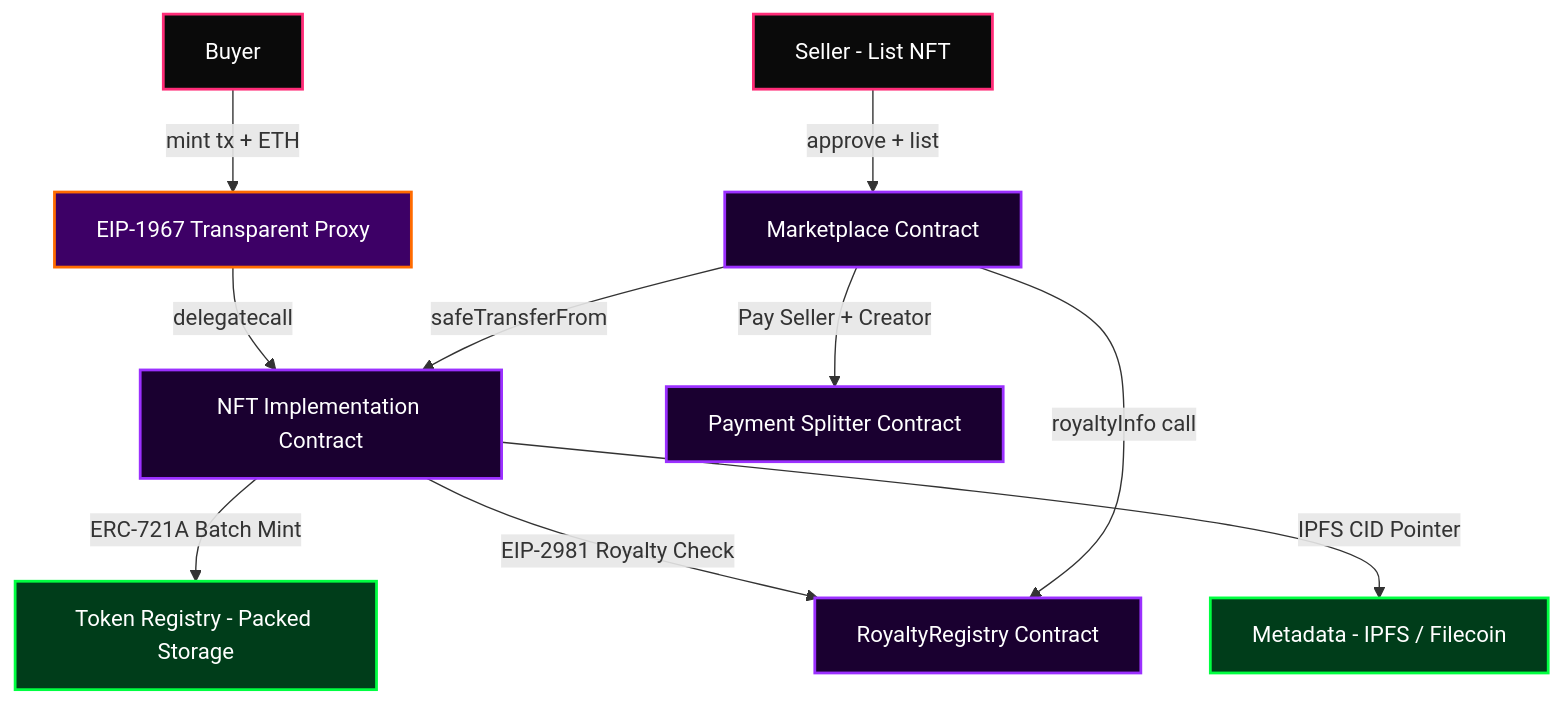
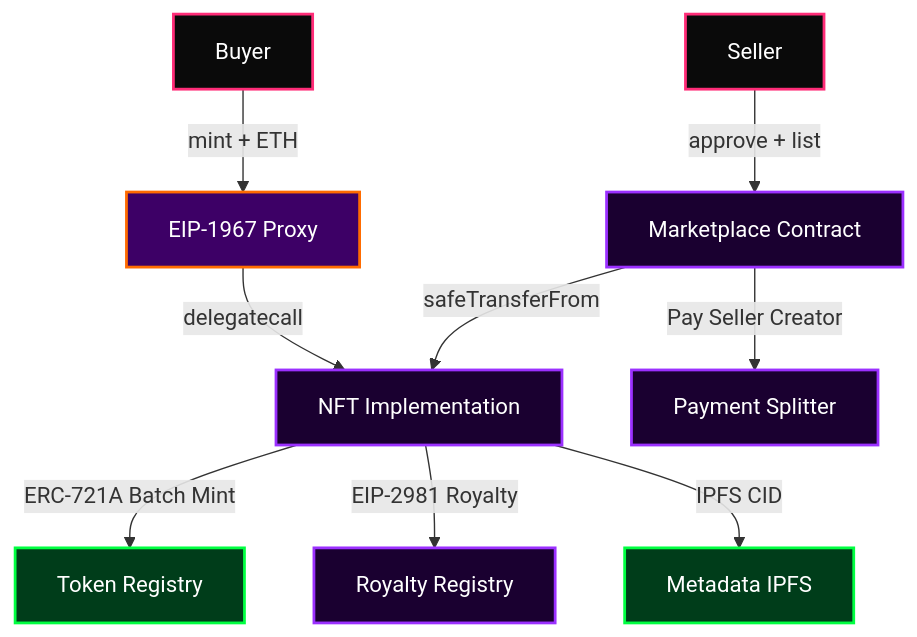
Diagram 15 of 25 in README.md (NewNexus001/newnexus001), drawn with Mermaid before and after one commit. The commit also changed other lines of this file, not shown here.

````diff
--- a/README.md
+++ b/README.md
@@ -517,17 +487,16 @@
 ```mermaid
 graph TD
-    classDef user fill:#0a0a0a,stroke:#FF2D78,stroke-width:2px,color:#fff
-    classDef contract fill:#1a0030,stroke:#9B30FF,stroke-width:2px,color:#fff
-    classDef storage fill:#003d1a,stroke:#00FF41,stroke-width:2px,color:#fff
-    classDef proxy fill:#3d0066,stroke:#FF6B00,stroke-width:2px,color:#fff
+    classDef usr fill:#0a0a0a,stroke:#FF2D78,stroke-width:2px,color:#fff
+    classDef ctr fill:#1a0030,stroke:#9B30FF,stroke-width:2px,color:#fff
+    classDef str fill:#003d1a,stroke:#00FF41,stroke-width:2px,color:#fff
+    classDef prx fill:#3d0066,stroke:#FF6B00,stroke-width:2px,color:#fff
 
-    BUYER["Buyer"]:::user -->|mint tx + ETH| PROXY["EIP-1967 Transparent Proxy"]:::proxy
-    PROXY -->|delegatecall| IMPL["NFT Implementation Contract"]:::contract
-    IMPL -->|ERC-721A Batch Mint| TOKEN["Token Registry - Packed Storage"]:::storage
-    IMPL -->|EIP-2981 Royalty Check| ROYALTY["RoyaltyRegistry Contract"]:::contract
-    SELLER["Seller - List NFT"]:::user -->|approve + list| MARKET["Marketplace Contract"]:::contract
+    BUYER["Buyer"]:::usr -->|mint + ETH| PROXY["EIP-1967 Proxy"]:::prx
+    PROXY -->|delegatecall| IMPL["NFT Implementation"]:::ctr
+    IMPL -->|ERC-721A Batch Mint| TOKEN["Token Registry"]:::str
+    IMPL -->|EIP-2981 Royalty| ROYALTY["Royalty Registry"]:::ctr
+    SELLER["Seller"]:::usr -->|approve + list| MARKET["Marketplace Contract"]:::ctr
     MARKET -->|safeTransferFrom| IMPL
-    MARKET -->|royaltyInfo call| ROYALTY
-    MARKET -->|Pay Seller + Creator| SPLIT["Payment Splitter Contract"]:::contract
-    IMPL -->|IPFS CID Pointer| META["Metadata - IPFS / Filecoin"]:::storage
+    MARKET -->|Pay Seller Creator| SPLIT["Payment Splitter"]:::ctr
+    IMPL -->|IPFS CID| META["Metadata IPFS"]:::str
 ```
````
